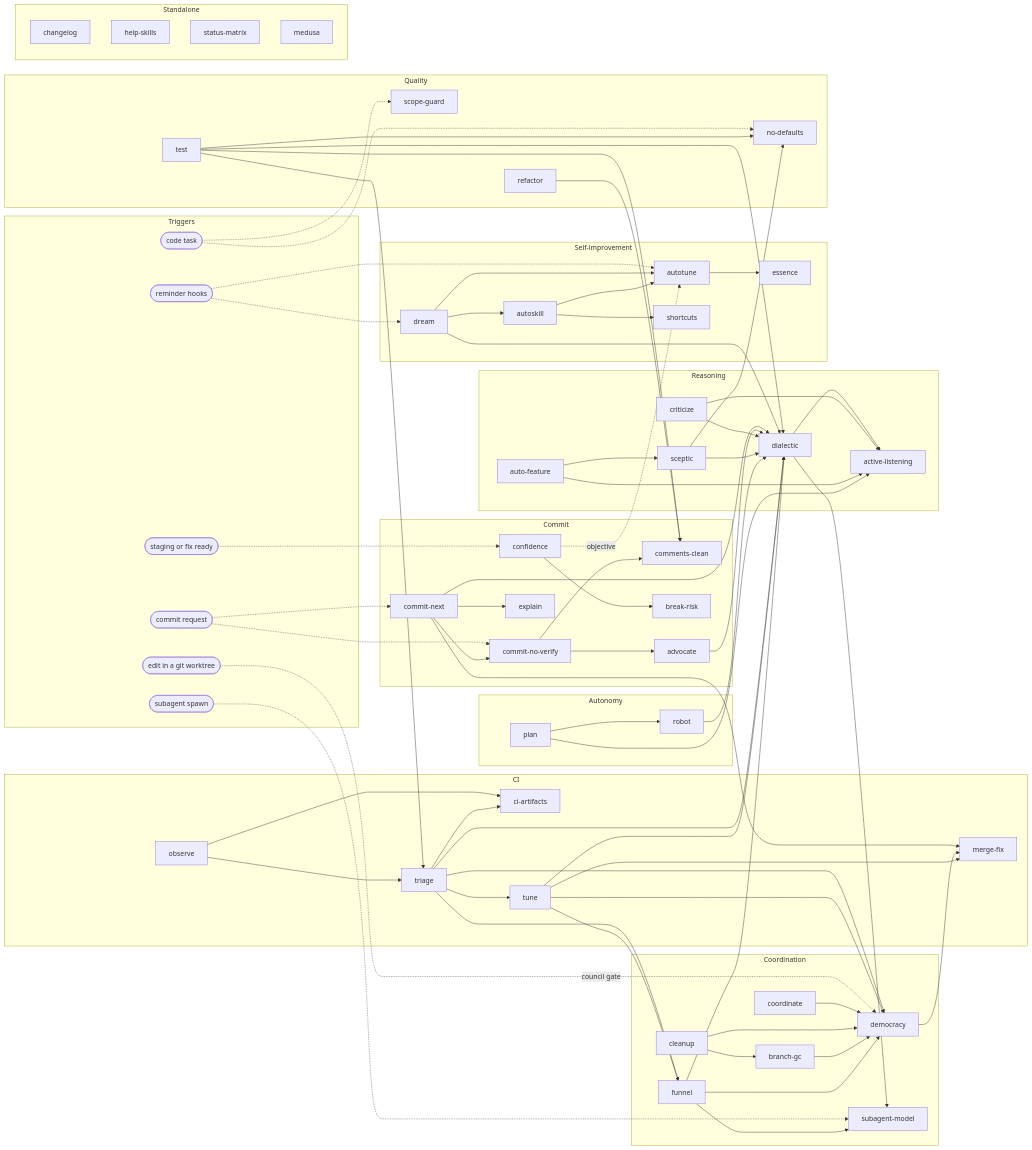
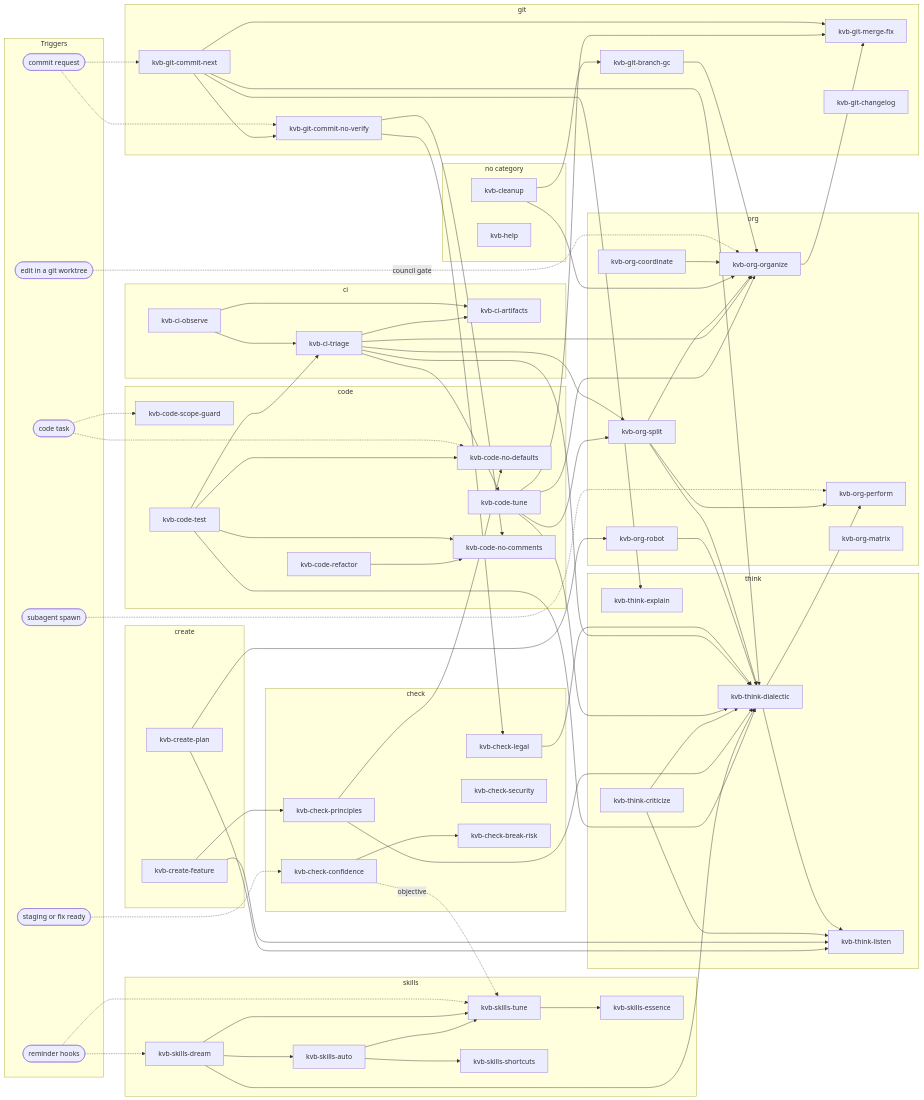
One commit to kevinveenbirkenbach/skills changed the second of 2 diagrams in README.md. Above: the diagram before and after it, drawn with Mermaid. The commit also changed other lines of this file and 102 other files, not shown here.

First line of the commit message:
refactor(skills)!: rename every skill to kvb-<category>-<name>

```diff
--- a/README.md
+++ b/README.md
@@ -21,59 +81,61 @@
     code_task([code task])
     spawn([subagent spawn])
   end
-  subgraph commit [Commit]
-    commit_next[commit-next]
-    commit_no_verify[commit-no-verify]
-    comments_clean[comments-clean]
-    advocate[advocate]
-    confidence[confidence]
-    break_risk[break-risk]
-    explain[explain]
+  subgraph cat_think [think]
+    active_listening[kvb-think-listen]
+    explain[kvb-think-explain]
+    dialectic[kvb-think-dialectic]
+    criticize[kvb-think-criticize]
   end
-  subgraph coordination [Coordination]
-    democracy[democracy]
-    coordinate[coordinate]
-    funnel[funnel]
-    cleanup[cleanup]
-    branch_gc[branch-gc]
-    subagent_model[subagent-model]
+  subgraph cat_create [create]
+    plan[kvb-create-plan]
+    auto_feature[kvb-create-feature]
   end
-  subgraph ci [CI]
-    observe[observe]
-    triage[triage]
-    ci_artifacts[ci-artifacts]
-    tune[tune]
-    merge_fix[merge-fix]
+  subgraph cat_code [code]
+    scope_guard[kvb-code-scope-guard]
+    no_defaults[kvb-code-no-defaults]
+    refactor[kvb-code-refactor]
+    test[kvb-code-test]
+    tune[kvb-code-tune]
+    comments_clean[kvb-code-no-comments]
   end
-  subgraph reasoning [Reasoning]
-    active_listening[active-listening]
-    dialectic[dialectic]
-    criticize[criticize]
-    sceptic[sceptic]
-    auto_feature[auto-feature]
+  subgraph cat_ci [ci]
+    triage[kvb-ci-triage]
+    ci_artifacts[kvb-ci-artifacts]
+    observe[kvb-ci-observe]
   end
-  subgraph autonomy [Autonomy]
-    plan[plan]
-    robot[robot]
+  subgraph cat_git [git]
+    commit_next[kvb-git-commit-next]
+    commit_no_verify[kvb-git-commit-no-verify]
+    merge_fix[kvb-git-merge-fix]
+    branch_gc[kvb-git-branch-gc]
+    changelog[kvb-git-changelog]
   end
-  subgraph self_improvement [Self-improvement]
-    dream[dream]
-    autotune[autotune]
-    autoskill[autoskill]
-    essence[essence]
-    shortcuts[shortcuts]
+  subgraph cat_check [check]
+    advocate[kvb-check-legal]
+    medusa[kvb-check-security]
+    sceptic[kvb-check-principles]
+    confidence[kvb-check-confidence]
+    break_risk[kvb-check-break-risk]
   end
-  subgraph quality [Quality]
-    test[test]
-    refactor[refactor]
-    no_defaults[no-defaults]
-    scope_guard[scope-guard]
+  subgraph cat_org [org]
+    democracy[kvb-org-organize]
+    funnel[kvb-org-split]
+    coordinate[kvb-org-coordinate]
+    subagent_model[kvb-org-perform]
+    status_matrix[kvb-org-matrix]
+    robot[kvb-org-robot]
   end
-  subgraph standalone [Standalone]
-    changelog[changelog]
-    help_skills[help-skills]
-    status_matrix[status-matrix]
-    medusa[medusa]
+  subgraph cat_skills [skills]
+    dream[kvb-skills-dream]
+    autotune[kvb-skills-tune]
+    autoskill[kvb-skills-auto]
+    essence[kvb-skills-essence]
+    shortcuts[kvb-skills-shortcuts]
+  end
+  subgraph cat_none [no category]
+    cleanup[kvb-cleanup]
+    help_skills[kvb-help]
   end
 
   commit_req -.-> commit_next
```
